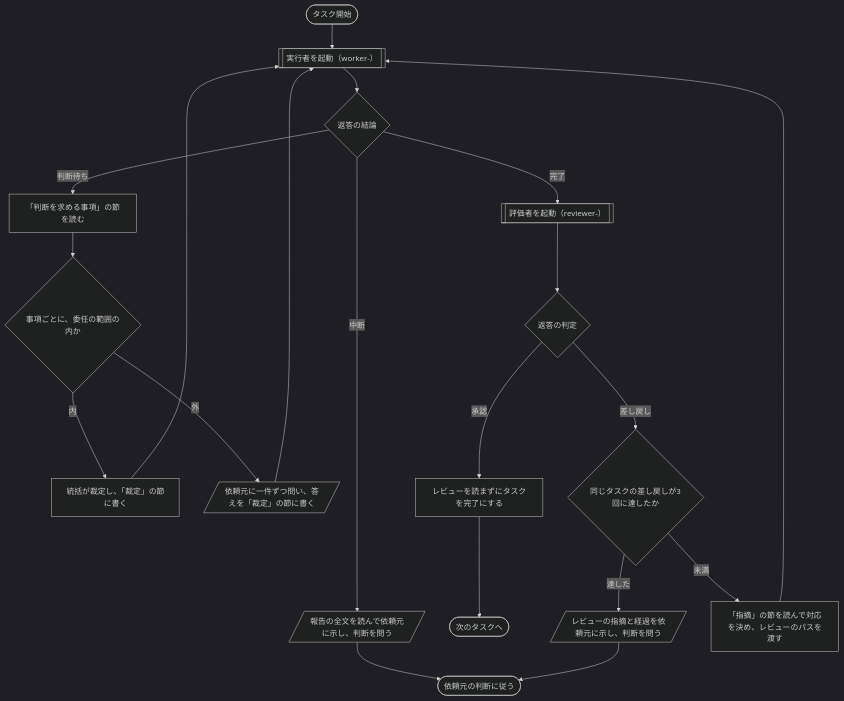
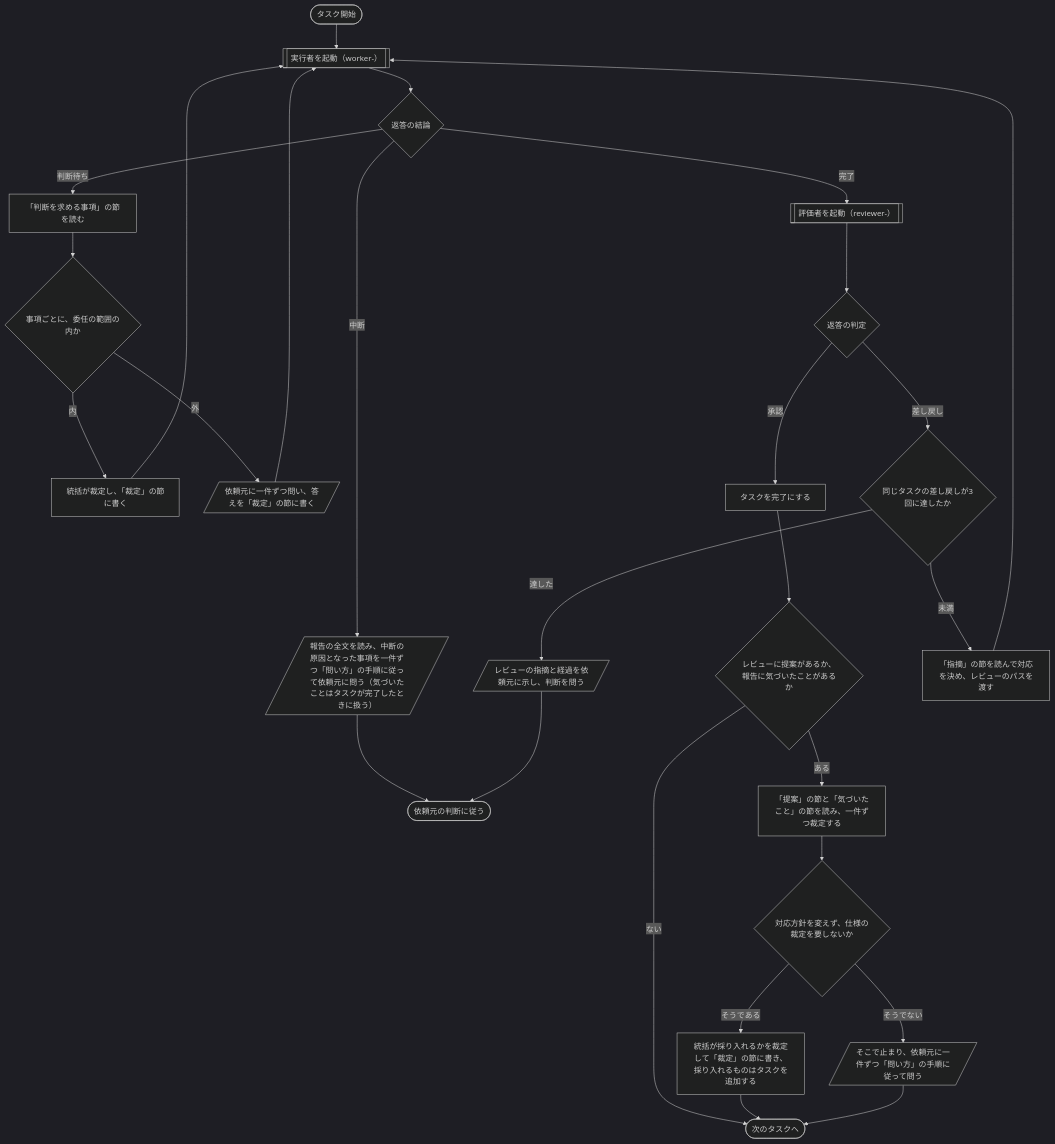
The third of 3 diagrams in docs/design/skills/execute.md (bizhermit/hermit-works), drawn with Mermaid (dark theme) before and after one commit. The commit also changed other lines of this file and 14 other files, not shown here.

````diff
--- a/docs/design/skills/execute.md
+++ b/docs/design/skills/execute.md
@@ -131,22 +139,29 @@
 ```mermaid
 flowchart TD
     S([タスク開始]) --> W1[["実行者を起動（worker-<n>）"]]
     W1 --> W2{"返答の結論"}
     W2 -- 判断待ち --> W3["「判断を求める事項」の節を読む"]
     W3 --> W6{"事項ごとに、委任の範囲の内か"}
     W6 -- 内 --> W7["統括が裁定し、「裁定」の節に書く"]
     W6 -- 外 --> W8[/"依頼元に一件ずつ問い、答えを「裁定」の節に書く"/]
     W7 --> W1
     W8 --> W1
-    W2 -- 中断 --> W4[/"報告の全文を読んで依頼元に示し、判断を問う"/]
+    W2 -- 中断 --> W4[/"報告の全文を読み、中断の原因となった事項を一件ずつ「問い方」の手順に従って依頼元に問う（気づいたことはタスクが完了したときに扱う）"/]
     W4 --> U(["依頼元の判断に従う"])
     W2 -- 完了 --> R1[["評価者を起動（reviewer-<n>）"]]
     R1 --> R2{"返答の判定"}
-    R2 -- 承認 --> R3["レビューを読まずにタスクを完了にする"]
-    R3 --> T([次のタスクへ])
+    R2 -- 承認 --> R3["タスクを完了にする"]
+    R3 --> R6{"レビューに提案があるか、報告に気づいたことがあるか"}
+    R6 -- ない --> T([次のタスクへ])
+    R6 -- ある --> R7["「提案」の節と「気づいたこと」の節を読み、一件ずつ裁定する"]
+    R7 --> R8{"対応方針を変えず、仕様の裁定を要しないか"}
+    R8 -- そうである --> R9["統括が採り入れるかを裁定して「裁定」の節に書き、採り入れるものはタスクを追加する"]
+    R8 -- そうでない --> R10[/"そこで止まり、依頼元に一件ずつ「問い方」の手順に従って問う"/]
+    R9 --> T
+    R10 --> T
     R2 -- 差し戻し --> R4{"同じタスクの差し戻しが3回に達したか"}
     R4 -- 達した --> R5[/"レビューの指摘と経過を依頼元に示し、判断を問う"/]
     R5 --> U
     R4 -- 未満 --> W5["「指摘」の節を読んで対応を決め、レビューのパスを渡す"]
     W5 --> W1
 ```
````
